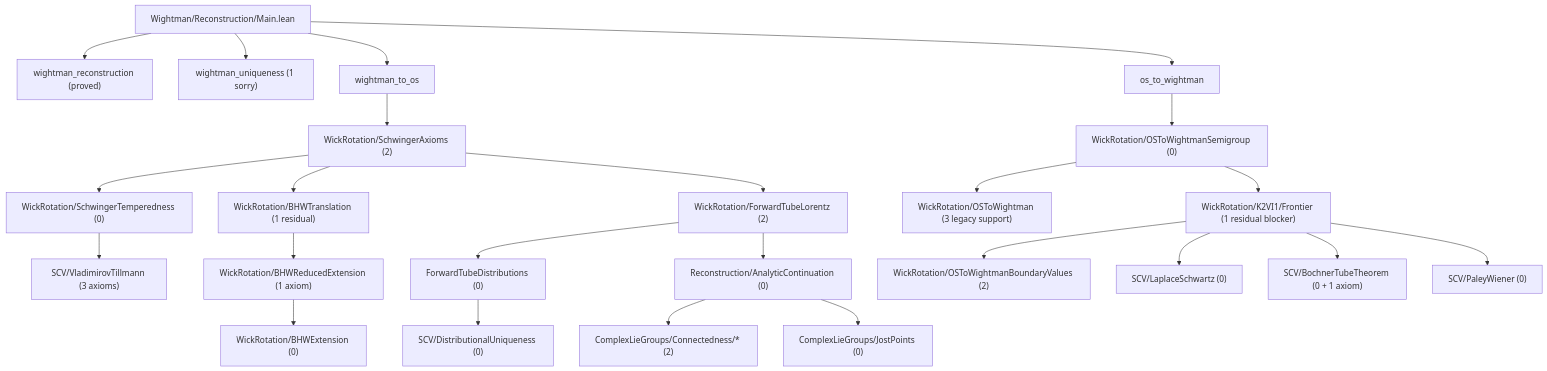
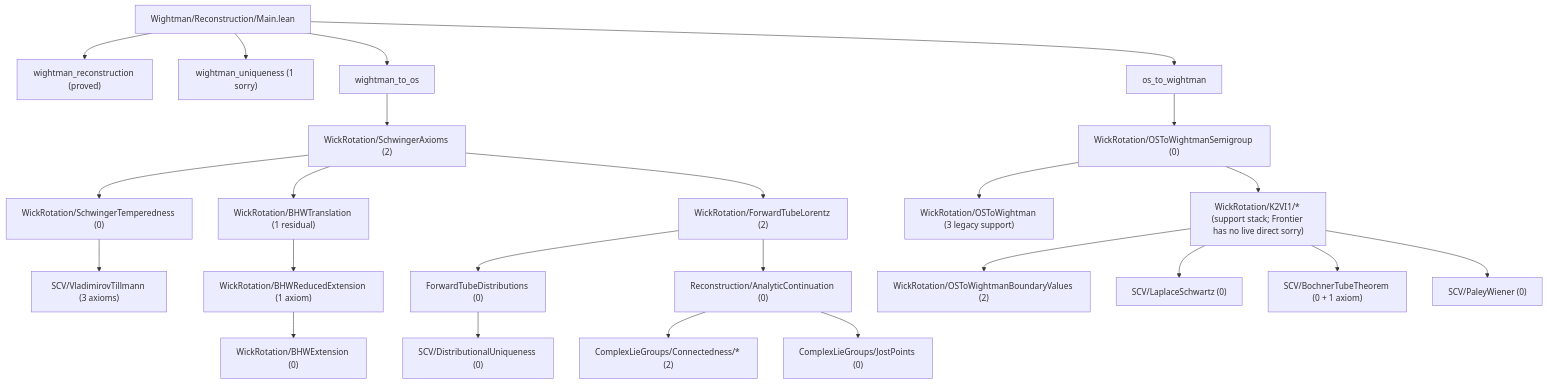
Before and after one commit to xiyin137/OSreconstruction: the diagram in README.md, drawn with Mermaid. The commit also changed other lines of this file and 11 other files, not shown here.

````diff
--- a/README.md
+++ b/README.md
@@ -220,29 +226,29 @@
 ```mermaid
 flowchart TD
   M["Wightman/Reconstruction/Main.lean"]
   M --> WR["wightman_reconstruction (proved)"]
   M --> WU["wightman_uniqueness (1 sorry)"]
   M --> RE["wightman_to_os"]
   M --> ER["os_to_wightman"]
 
   RE --> SA["WickRotation/SchwingerAxioms (2)"]
   SA --> ST["WickRotation/SchwingerTemperedness (0)"]
   ST --> VT["SCV/VladimirovTillmann (3 axioms)"]
   SA --> BT["WickRotation/BHWTranslation (1 residual)"]
   BT --> BR["WickRotation/BHWReducedExtension (1 axiom)"]
   BR --> BE["WickRotation/BHWExtension (0)"]
   SA --> FL["WickRotation/ForwardTubeLorentz (2)"]
   FL --> FTD["ForwardTubeDistributions (0)"]
   FTD --> DU["SCV/DistributionalUniqueness (0)"]
   FL --> AC["Reconstruction/AnalyticContinuation (0)"]
   AC --> CL["ComplexLieGroups/Connectedness/* (2)"]
   AC --> JP["ComplexLieGroups/JostPoints (0)"]
 
   ER --> OWS["WickRotation/OSToWightmanSemigroup (0)"]
   OWS --> OWC["WickRotation/OSToWightman (3 legacy support)"]
-  OWS --> K2["WickRotation/K2VI1/Frontier (1 residual blocker)"]
+  OWS --> K2["WickRotation/K2VI1/* (support stack; Frontier has no live direct sorry)"]
   K2 --> OWB["WickRotation/OSToWightmanBoundaryValues (2)"]
   K2 --> LS["SCV/LaplaceSchwartz (0)"]
   K2 --> BO["SCV/BochnerTubeTheorem (0 + 1 axiom)"]
   K2 --> PW["SCV/PaleyWiener (0)"]
 ```
````
